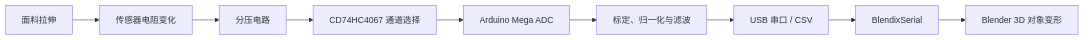
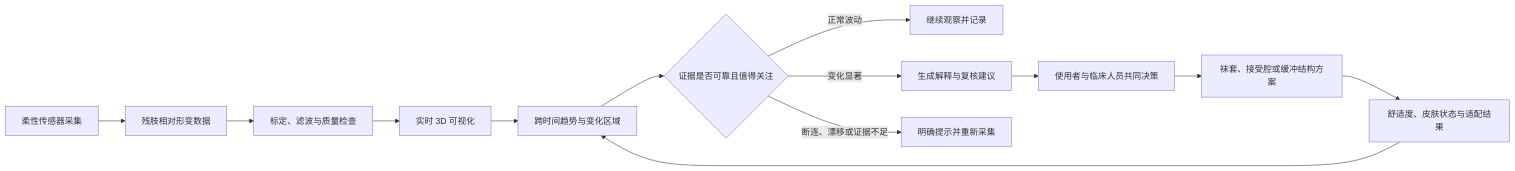
Before and after one commit to yidan-nyd/HEXA-S: the diagram in README.zh.md, drawn with Mermaid. The commit also changed other lines of this file and 13 other files, not shown here.

````diff
--- a/README.zh.md
+++ b/README.zh.md
@@ -41,11 +49,15 @@
 ```mermaid
 flowchart LR
-    A[面料拉伸] --> B[传感器电阻变化]
-    B --> C[分压电路]
-    C --> D[CD74HC4067 通道选择]
-    D --> E[Arduino Mega ADC]
-    E --> F[标定、归一化与滤波]
-    F --> G[USB 串口 / CSV]
-    G --> H[BlendixSerial]
-    H --> I[Blender 3D 对象变形]
+    A[柔性传感器采集] --> B[残肢相对形变数据]
+    B --> C[标定、滤波与质量检查]
+    C --> D[实时 3D 可视化]
+    D --> E[跨时间趋势与变化区域]
+    E --> F{证据是否可靠且值得关注}
+    F -->|正常波动| G[继续观察并记录]
+    F -->|变化显著| H[生成解释与复核建议]
+    F -->|断连、漂移或证据不足| I[明确提示并重新采集]
+    H --> J[使用者与临床人员共同决策]
+    J --> K[袜套、接受腔或缓冲结构方案]
+    K --> L[舒适度、皮肤状态与适配结果]
+    L --> E
 ```
````
